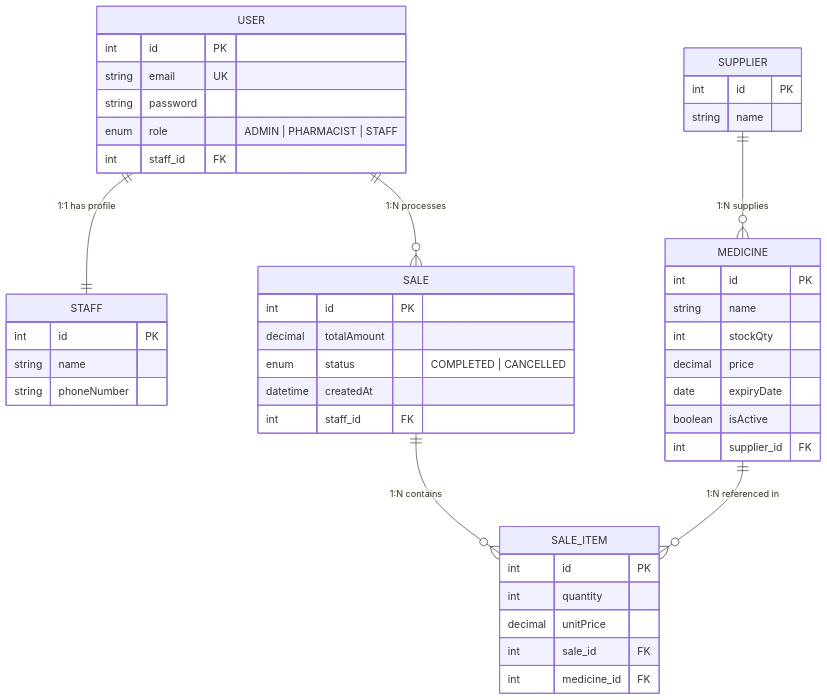
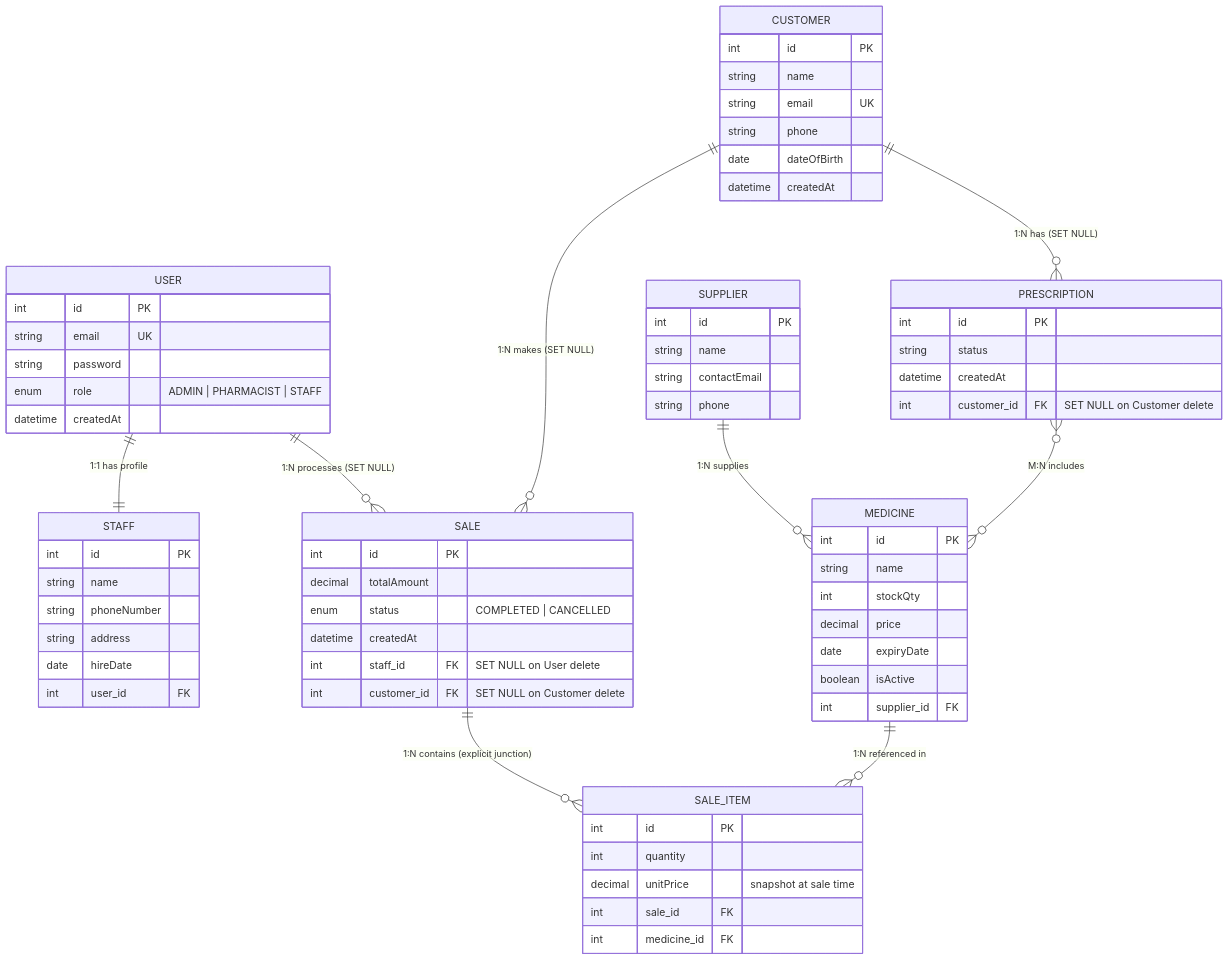
Before and after one commit to Hanseong-kim/Pharmacy-management-system-API-specification: the first of 2 diagrams in README.md, drawn with Mermaid. The commit also changed other lines of this file and 9 other files, not shown here.

````diff
--- a/README.md
+++ b/README.md
@@ -71,48 +76,71 @@
 ```mermaid
 erDiagram
     USER {
         int id PK
         string email UK
         string password
         enum role "ADMIN | PHARMACIST | STAFF"
-        int staff_id FK
+        datetime createdAt
     }
     STAFF {
         int id PK
         string name
         string phoneNumber
+        string address
+        date hireDate
+        int user_id FK
     }
     MEDICINE {
         int id PK
         string name
         int stockQty
         decimal price
         date expiryDate
         boolean isActive
         int supplier_id FK
     }
     SUPPLIER {
         int id PK
         string name
+        string contactEmail
+        string phone
+    }
+    CUSTOMER {
+        int id PK
+        string name
+        string email UK
+        string phone
+        date dateOfBirth
+        datetime createdAt
     }
     SALE {
         int id PK
         decimal totalAmount
         enum status "COMPLETED | CANCELLED"
         datetime createdAt
-        int staff_id FK
+        int staff_id FK "SET NULL on User delete"
+        int customer_id FK "SET NULL on Customer delete"
     }
     SALE_ITEM {
         int id PK
         int quantity
-        decimal unitPrice
+        decimal unitPrice "snapshot at sale time"
         int sale_id FK
         int medicine_id FK
+    }
+    PRESCRIPTION {
+        int id PK
+        string status
+        datetime createdAt
+        int customer_id FK "SET NULL on Customer delete"
     }
 
     USER ||--|| STAFF : "1:1 has profile"
     SUPPLIER ||--o{ MEDICINE : "1:N supplies"
-    USER ||--o{ SALE : "1:N processes"
-    SALE ||--o{ SALE_ITEM : "1:N contains"
+    USER ||--o{ SALE : "1:N processes (SET NULL)"
+    CUSTOMER ||--o{ SALE : "1:N makes (SET NULL)"
+    SALE ||--o{ SALE_ITEM : "1:N contains (explicit junction)"
     MEDICINE ||--o{ SALE_ITEM : "1:N referenced in"
+    CUSTOMER ||--o{ PRESCRIPTION : "1:N has (SET NULL)"
+    PRESCRIPTION }o--o{ MEDICINE : "M:N includes"
 ```
````
